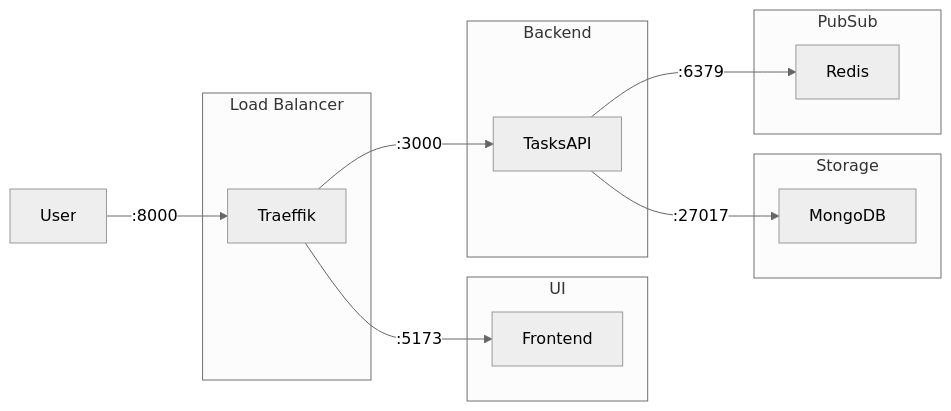
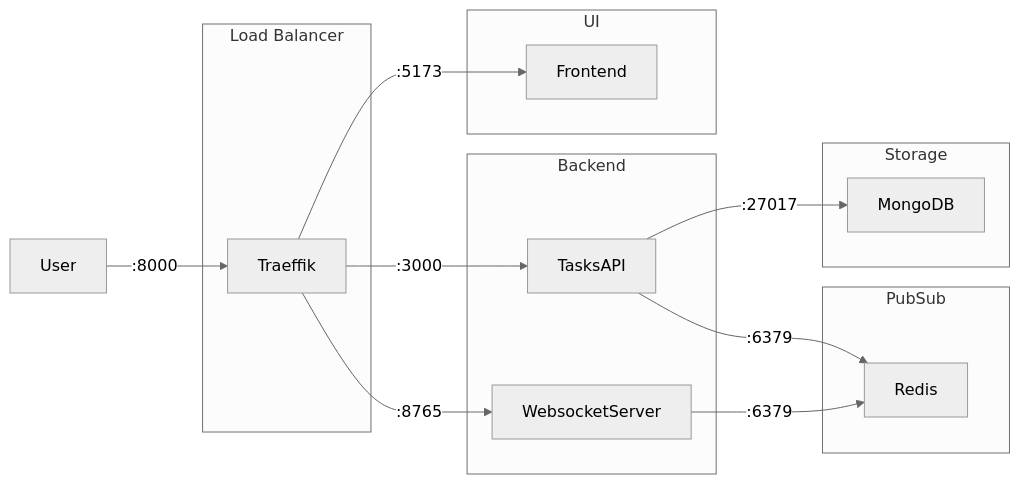
The diagram in README.md (bespinian/insanely-complex-todo), drawn with Mermaid (neutral theme) before and after one commit. The commit also changed other lines of this file and 13 other files, not shown here.

Commit message:
add basic websocket server for notifications

````diff
--- a/README.md
+++ b/README.md
@@ -35,27 +36,29 @@
 ```mermaid
 graph LR;
     subgraph UI
         Frontend
     end
 
     subgraph Storage
         MongoDB
     end
 
     subgraph PubSub
         Redis
     end
 
     subgraph Backend
         TasksAPI-- :27017 --> MongoDB
         TasksAPI-- :6379 --> Redis
+        WebsocketServer-- :6379 -->Redis
     end
 
     subgraph lb[Load Balancer]
         Traeffik-- :5173 --> Frontend
         Traeffik-- :3000 --> TasksAPI
+        Traeffik-- :8765 --> WebsocketServer
     end
 
 
     User-- :8000 --> Traeffik
 ```
````
